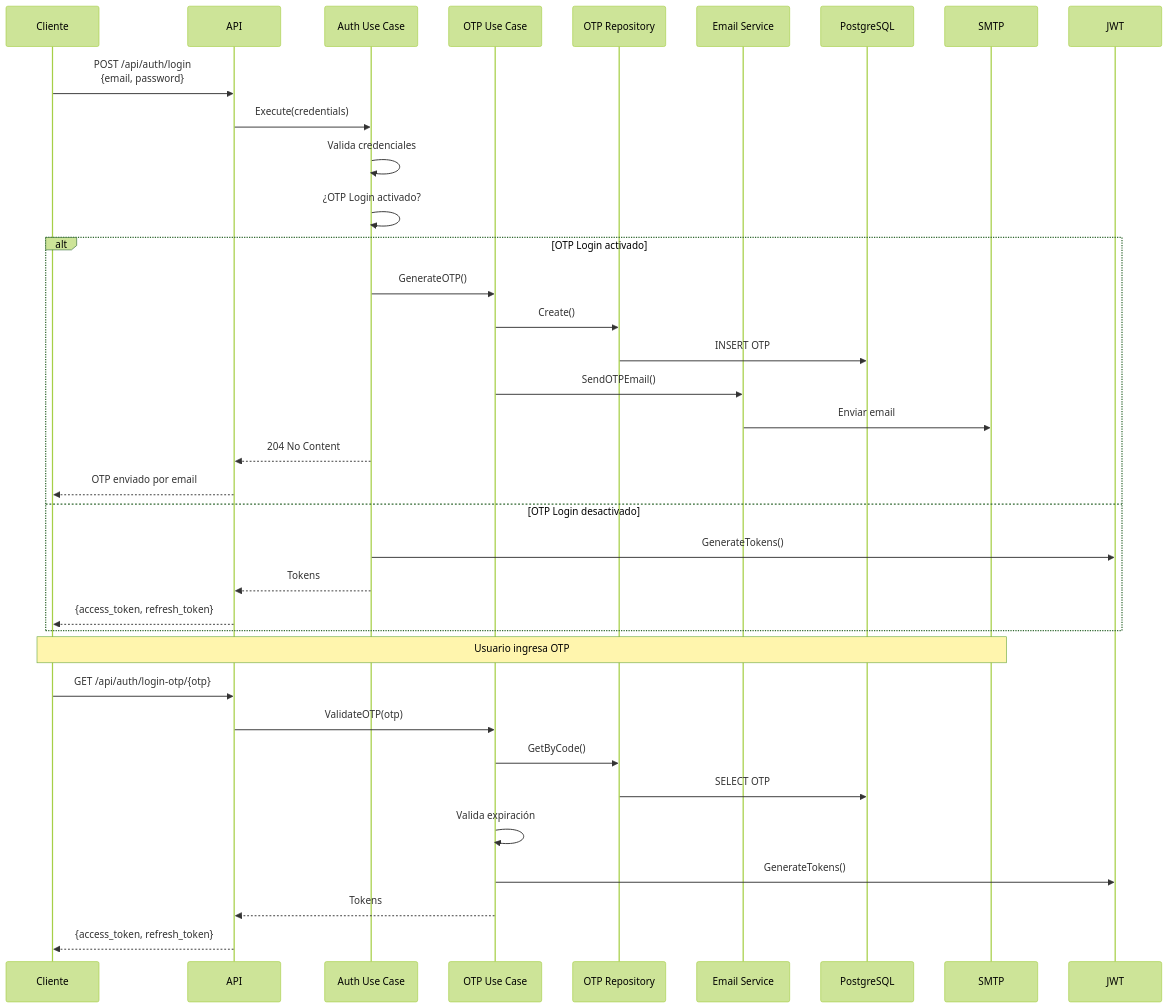
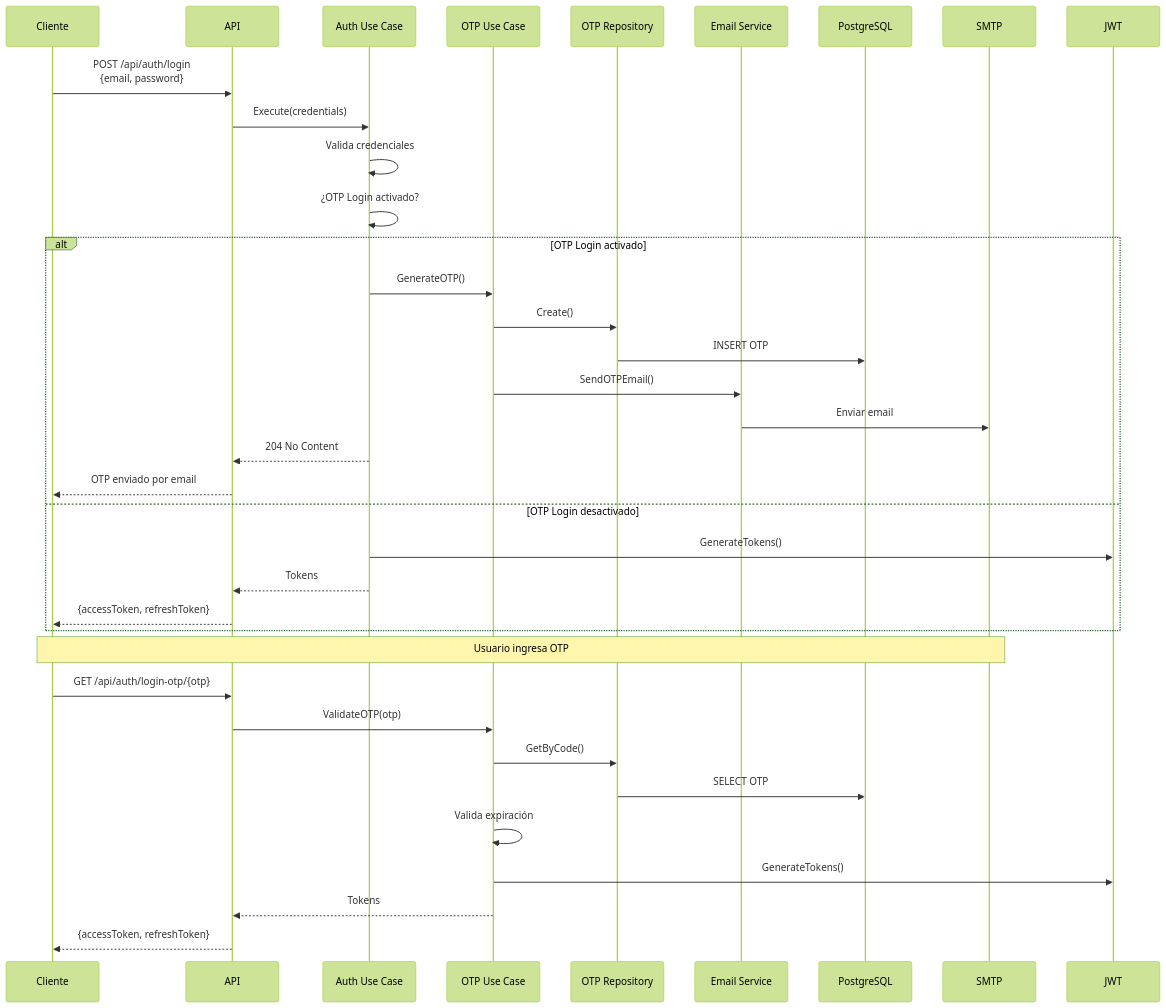
Before and after one commit to Simon3640/GoProjectSkeleton: diagram 20 of 26 in README.md, drawn with Mermaid (forest theme). The commit also changed other lines of this file and 13 other files, not shown here.

````diff
--- a/README.md
+++ b/README.md
@@ -3174,40 +3174,40 @@
 ```mermaid
 sequenceDiagram
     participant Client as Cliente
     participant API as API
     participant AuthUC as Auth Use Case
     participant OTPUC as OTP Use Case
     participant OTPRepo as OTP Repository
     participant EmailSvc as Email Service
     participant DB as PostgreSQL
     participant SMTP as SMTP
 
     Client->>API: POST /api/auth/login<br/>{email, password}
     API->>AuthUC: Execute(credentials)
     AuthUC->>AuthUC: Valida credenciales
     AuthUC->>AuthUC: ¿OTP Login activado?
 
     alt OTP Login activado
         AuthUC->>OTPUC: GenerateOTP()
         OTPUC->>OTPRepo: Create()
         OTPRepo->>DB: INSERT OTP
         OTPUC->>EmailSvc: SendOTPEmail()
         EmailSvc->>SMTP: Enviar email
         AuthUC-->>API: 204 No Content
         API-->>Client: OTP enviado por email
     else OTP Login desactivado
         AuthUC->>JWT: GenerateTokens()
         AuthUC-->>API: Tokens
-        API-->>Client: {access_token, refresh_token}
+        API-->>Client: {accessToken, refreshToken}
     end
 
     Note over Client,SMTP: Usuario ingresa OTP
     Client->>API: GET /api/auth/login-otp/{otp}
     API->>OTPUC: ValidateOTP(otp)
     OTPUC->>OTPRepo: GetByCode()
     OTPRepo->>DB: SELECT OTP
     OTPUC->>OTPUC: Valida expiración
     OTPUC->>JWT: GenerateTokens()
     OTPUC-->>API: Tokens
-    API-->>Client: {access_token, refresh_token}
+    API-->>Client: {accessToken, refreshToken}
 ```
````
